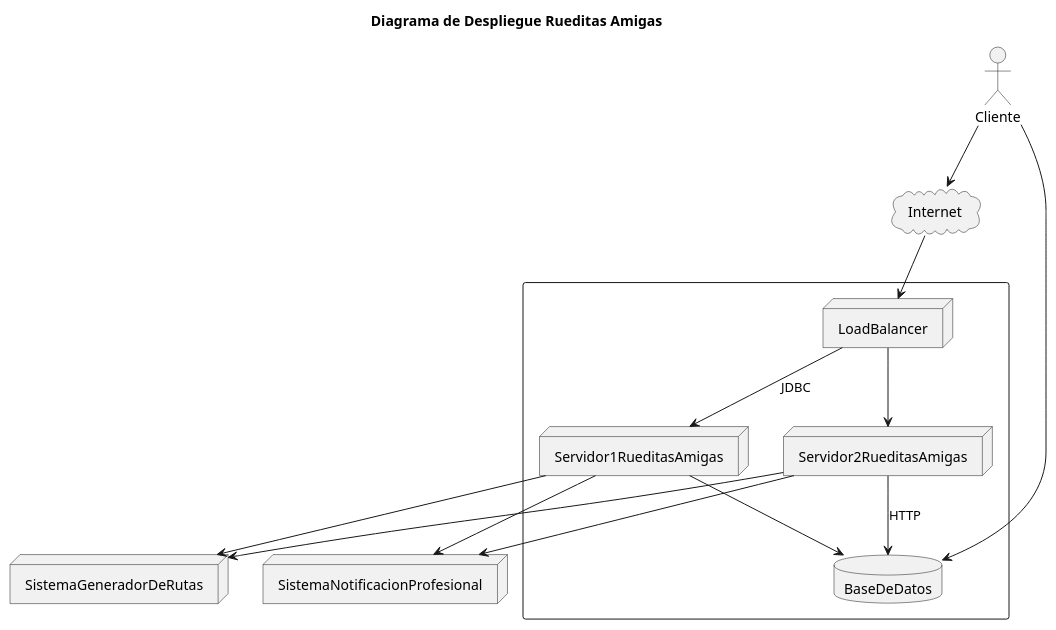
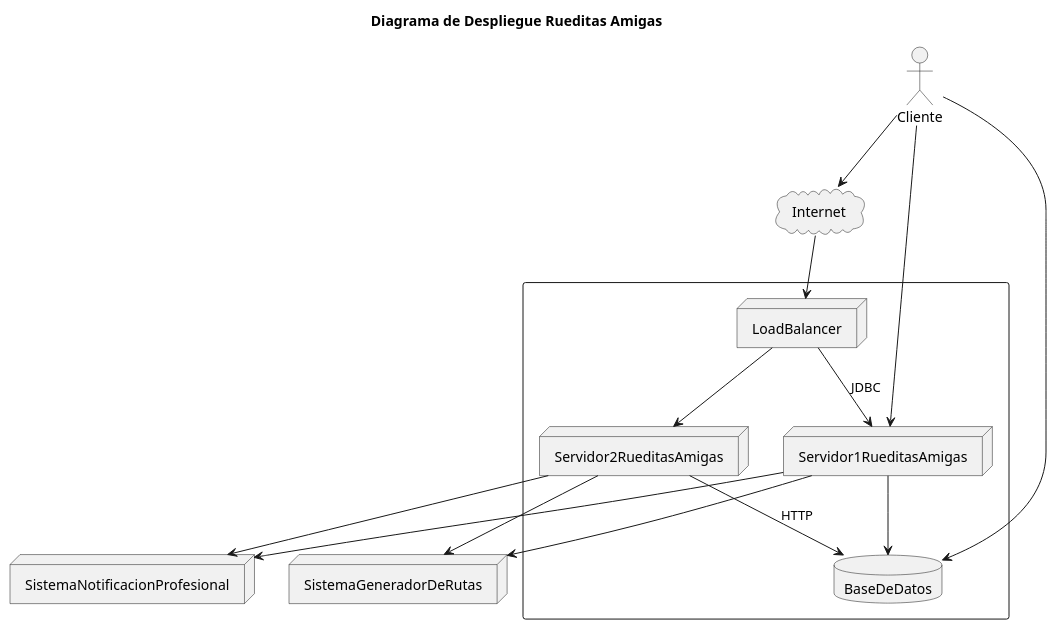
The diagram in diagrams/DiagramaDeDespliegue.puml (lrizzitano/RueditasAmigasDespliegue), drawn with PlantUML before and after one commit. The commit also changed 1 other file, not shown here.

```diff
--- a/diagrams/DiagramaDeDespliegue.puml
+++ b/diagrams/DiagramaDeDespliegue.puml
@@ -1,33 +1,33 @@
 @startuml
 'https://plantuml.com/deployment-diagram
 
 title Diagrama de Despliegue Rueditas Amigas
 
 node "SistemaGeneradorDeRutas"
 actor "Cliente"
 cloud "Internet"
 node "SistemaNotificacionProfesional"
 
 
 rectangle  {
 node "LoadBalancer"
 node "Servidor1RueditasAmigas"
 node "Servidor2RueditasAmigas"
 database "BaseDeDatos"
 }
 
 "LoadBalancer" --> "Servidor1RueditasAmigas" : "JDBC"
 "LoadBalancer" --> "Servidor2RueditasAmigas"
 "Servidor1RueditasAmigas" --> "BaseDeDatos"
 "Servidor2RueditasAmigas" --> "BaseDeDatos" : "HTTP"
 "Servidor1RueditasAmigas" --> "SistemaNotificacionProfesional"
 "Servidor2RueditasAmigas" --> "SistemaNotificacionProfesional"
 "Servidor1RueditasAmigas" --> "SistemaGeneradorDeRutas"
 "Servidor2RueditasAmigas" --> "SistemaGeneradorDeRutas"
 "Cliente" --> "Internet"
 "Internet" --> "LoadBalancer"
 "Cliente" --> "BaseDeDatos"
-
+"Cliente" --> "Servidor1RueditasAmigas"
 
 
 @enduml
```
